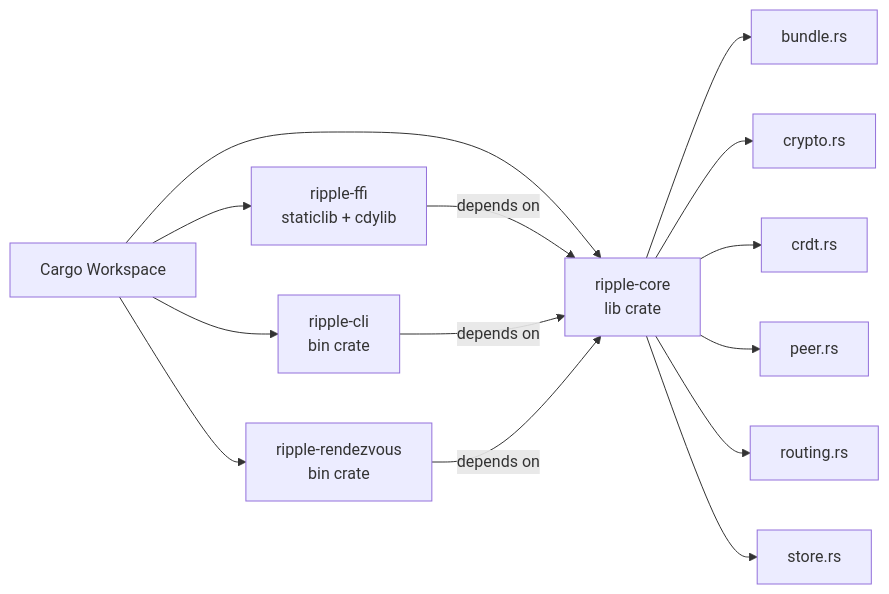
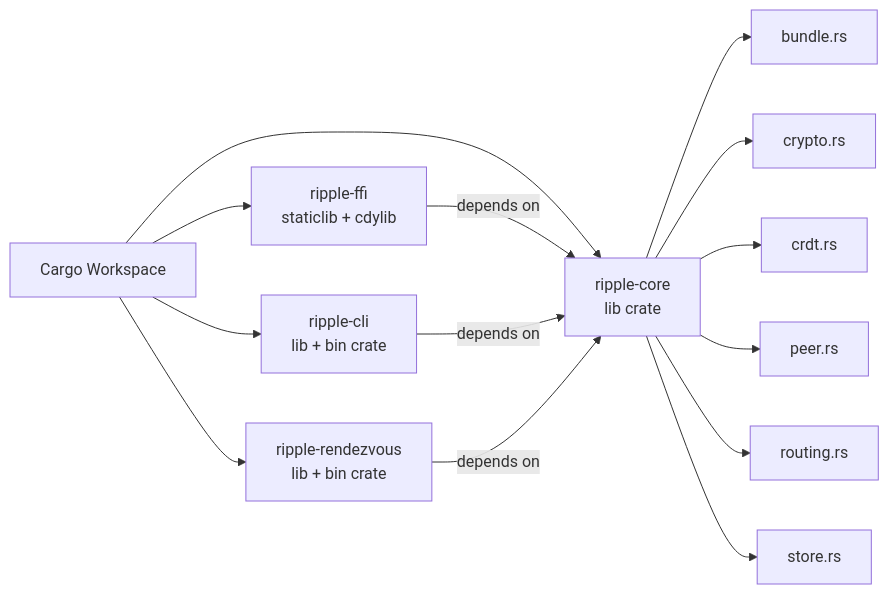
One commit to tfuent1/ripple changed the second of 9 diagrams in docs/architecture/system-overview.md. Above: the diagram before and after it, drawn with Mermaid. The commit also changed 2 other files, not shown here.

Commit message:
docs: update for pre-M2 hardening and reqwest 0.13 upgrade
- ci-cd.md: remove ISC and MPL-2.0 from license allow list (no longer in tree after reqwest 0.13), update reqwest feature flag description, update duplicate skip rationale (hyper split resolved, only getrandom remains), update future improvements note
- phase-1-foundation.md: update reqwest version in milestone deliverables to 0.13, update test count to 119
- system-overview.md: mark ripple-cli and ripple-rendezvous as lib + bin crates (both gained [lib] targets for integration test linkage)

````diff
--- a/docs/architecture/system-overview.md
+++ b/docs/architecture/system-overview.md
@@ -73,19 +73,19 @@
 ```mermaid
 graph LR
     Workspace[Cargo Workspace]
     Workspace --> core[ripple-core<br/>lib crate]
     Workspace --> ffi[ripple-ffi<br/>staticlib + cdylib]
-    Workspace --> cli[ripple-cli<br/>bin crate]
-    Workspace --> rendezvous[ripple-rendezvous<br/>bin crate]
+    Workspace --> cli[ripple-cli<br/>lib + bin crate]
+    Workspace --> rendezvous[ripple-rendezvous<br/>lib + bin crate]
 
     ffi -->|depends on| core
     cli -->|depends on| core
     rendezvous -->|depends on| core
 
     core --> bundle[bundle.rs]
     core --> crypto[crypto.rs]
     core --> crdt[crdt.rs]
     core --> peer[peer.rs]
     core --> routing[routing.rs]
     core --> store[store.rs]
 ```
````
